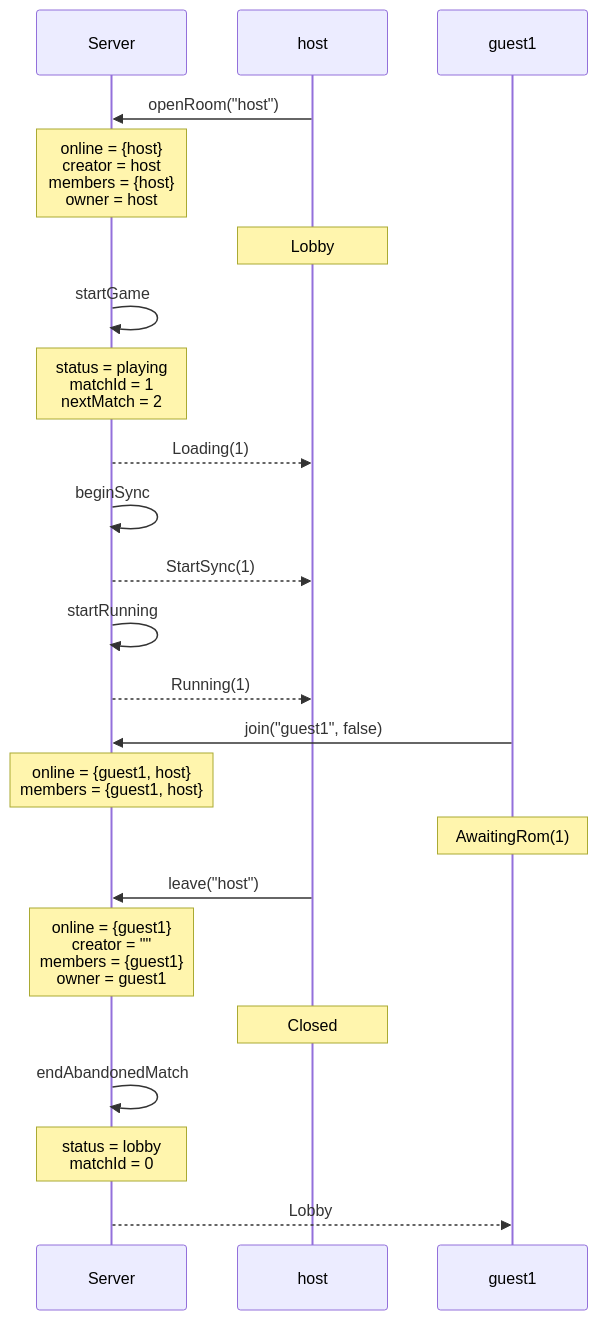
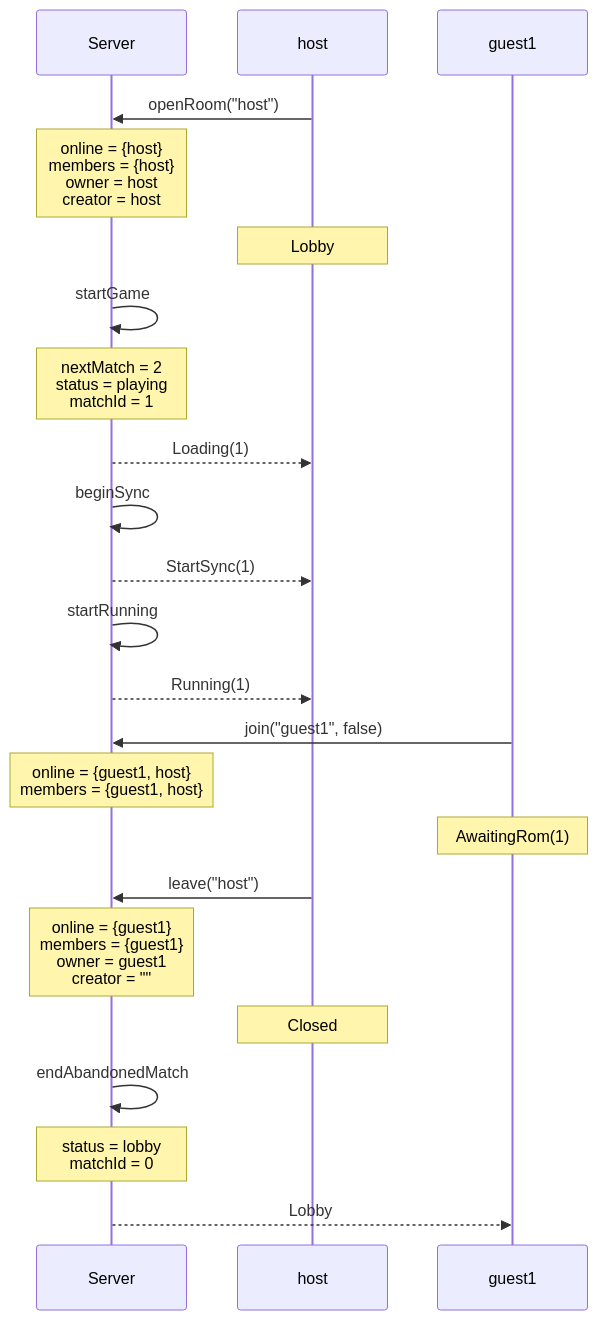
Diagram 21 of 41 in docs/spec-traces.md (kwilson21/kaillera-next), drawn with Mermaid before and after one commit. The commit also changed other lines of this file and 102 other files, not shown here.

````diff
--- a/docs/spec-traces.md
+++ b/docs/spec-traces.md
@@ -233,25 +483,25 @@
 ```mermaid
 sequenceDiagram
   participant Server
   participant host
   participant guest1
   host->>Server: openRoom("host")
-  Note over Server: online = {host}<br/>creator = host<br/>members = {host}<br/>owner = host
+  Note over Server: online = {host}<br/>members = {host}<br/>owner = host<br/>creator = host
   Note over host: Lobby
   Server->>Server: startGame
-  Note over Server: status = playing<br/>matchId = 1<br/>nextMatch = 2
+  Note over Server: nextMatch = 2<br/>status = playing<br/>matchId = 1
   Server-->>host: Loading(1)
   Server->>Server: beginSync
   Server-->>host: StartSync(1)
   Server->>Server: startRunning
   Server-->>host: Running(1)
   guest1->>Server: join("guest1", false)
   Note over Server: online = {guest1, host}<br/>members = {guest1, host}
   Note over guest1: AwaitingRom(1)
   host->>Server: leave("host")
-  Note over Server: online = {guest1}<br/>creator = ""<br/>members = {guest1}<br/>owner = guest1
+  Note over Server: online = {guest1}<br/>members = {guest1}<br/>owner = guest1<br/>creator = ""
   Note over host: Closed
   Server->>Server: endAbandonedMatch
   Note over Server: status = lobby<br/>matchId = 0
   Server-->>guest1: Lobby
 ```
````
